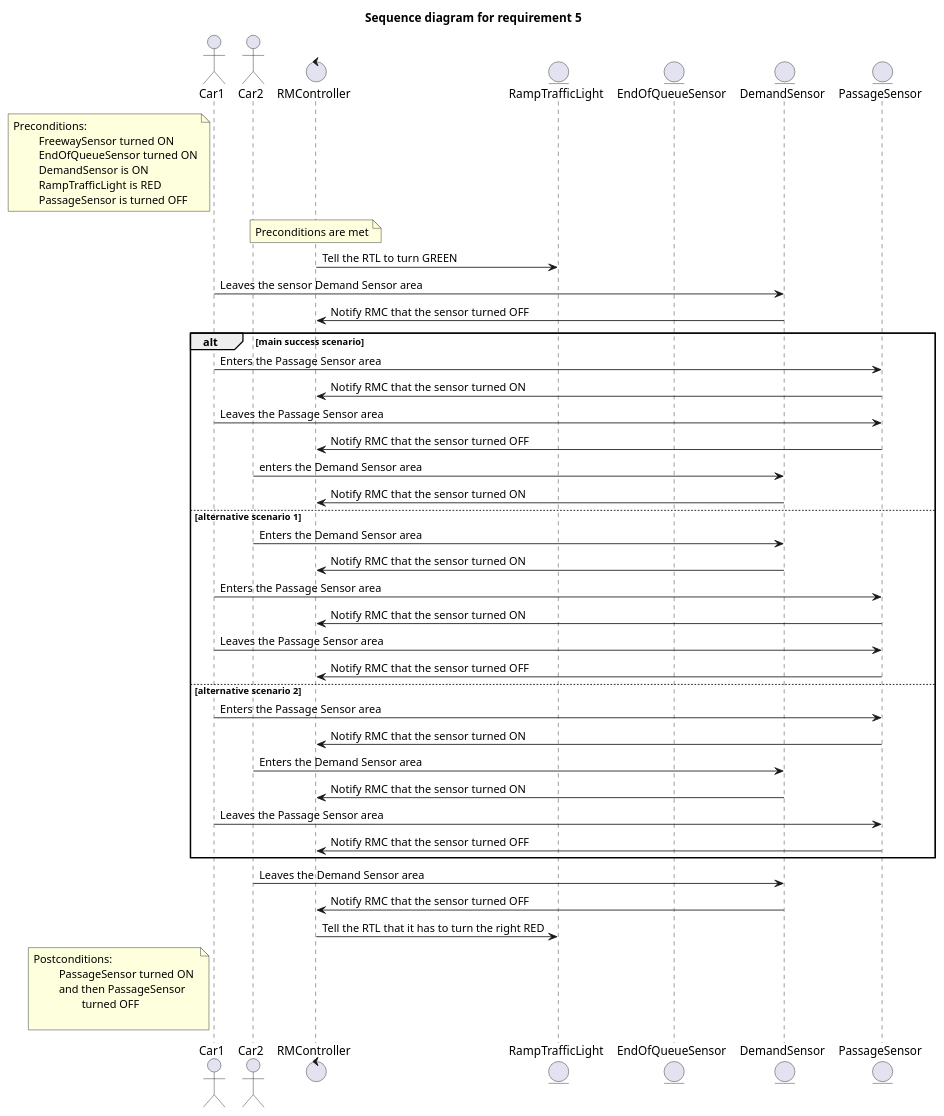
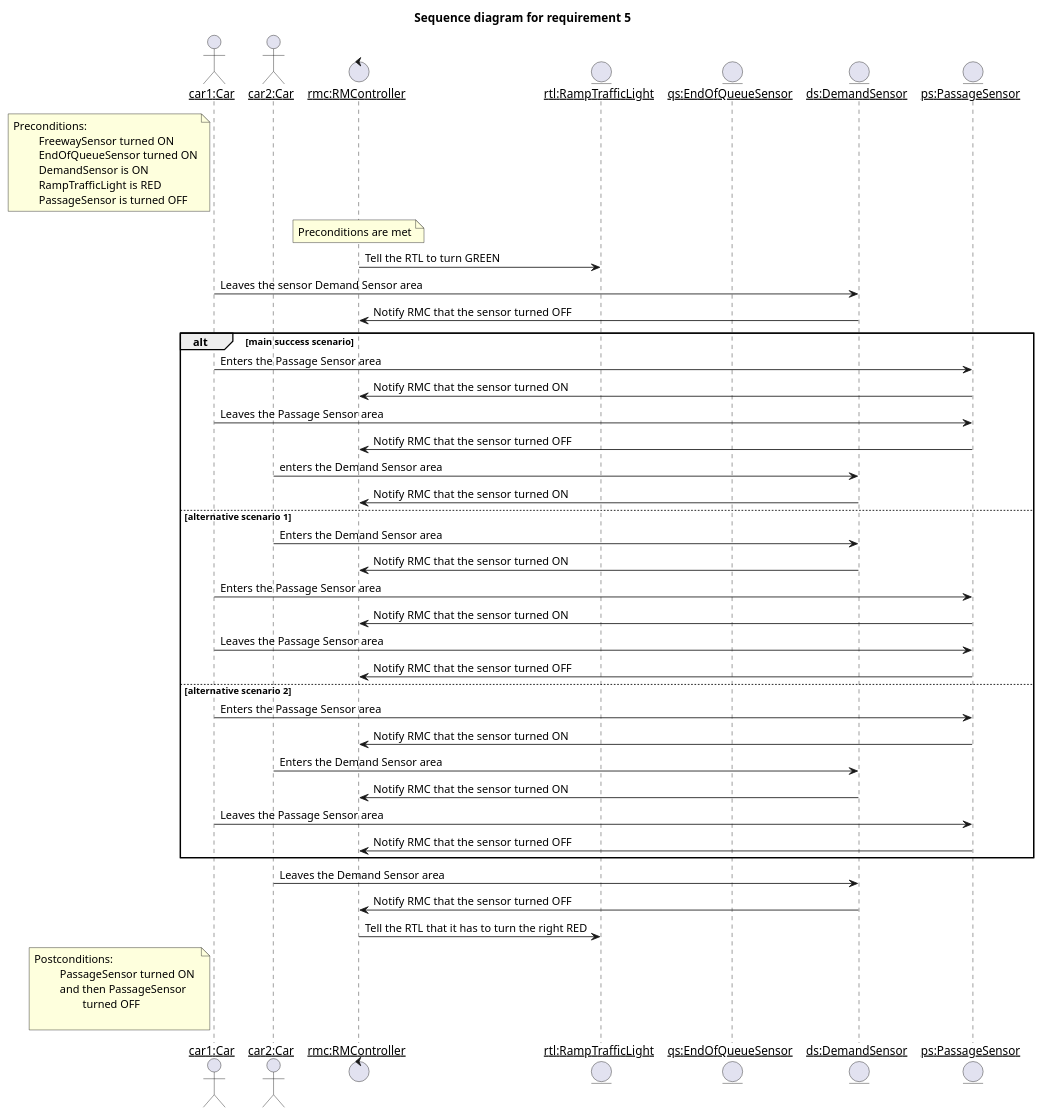
The diagram in 01_RequirementsChecking/diagrams/sequence_diagram_req5.puml (MaksimKarnaukh/MoSIS), drawn with PlantUML before and after one commit. The commit also changed 1 other file, not shown here.

```diff
--- a/01_RequirementsChecking/diagrams/sequence_diagram_req5.puml
+++ b/01_RequirementsChecking/diagrams/sequence_diagram_req5.puml
@@ -1,65 +1,66 @@
 @startuml
+skinparam sequenceParticipant underline
 
 '5) When the FS is ON and the QS is ON,
 'if DS is turned ON, it indicates intense traffic over the ramp.
 'In this scenario, two cars must cross the TL before it turns RED.
 'Then, set TL to GREEN. After DS is OFF, ON and OFF (two cars),
 'turn TL to RED.
 
 title "Sequence diagram for requirement 5"
 
-actor Car1 as Car1
-actor Car2 as Car2
+actor "car1:Car" as Car1
+actor "car2:Car" as Car2
 
-control RMController as RMC
-entity RampTrafficLight as RTL
-entity EndOfQueueSensor as QS
-entity DemandSensor as DS
-entity PassageSensor as PS
+control "rmc:RMController" as RMC
+entity "rtl:RampTrafficLight" as RTL
+entity "qs:EndOfQueueSensor" as QS
+entity "ds:DemandSensor" as DS
+entity "ps:PassageSensor" as PS
 
 
 note left of Car1: Preconditions:\n\t FreewaySensor turned ON\n\t EndOfQueueSensor turned ON\n\t DemandSensor is ON\n\t RampTrafficLight is RED\n\t PassageSensor is turned OFF
 
 'below commented lines not explicitly needed because they are part of the preconditions
 'FS -> RMC: on
 'QS -> RMC: on
 'DS -> RMC: on
 
 note over RMC: Preconditions are met
 RMC -> RTL: Tell the RTL to turn GREEN
 
 Car1 -> DS: Leaves the sensor Demand Sensor area
 DS -> RMC: Notify RMC that the sensor turned OFF
 
 alt main success scenario
     Car1 -> PS: Enters the Passage Sensor area
     PS -> RMC: Notify RMC that the sensor turned ON
     Car1 -> PS: Leaves the Passage Sensor area
     PS -> RMC: Notify RMC that the sensor turned OFF
     Car2 -> DS: enters the Demand Sensor area
     DS -> RMC: Notify RMC that the sensor turned ON
 else alternative scenario 1
     Car2 -> DS: Enters the Demand Sensor area
     DS -> RMC: Notify RMC that the sensor turned ON
     Car1 -> PS: Enters the Passage Sensor area
     PS -> RMC: Notify RMC that the sensor turned ON
     Car1 -> PS: Leaves the Passage Sensor area
     PS -> RMC: Notify RMC that the sensor turned OFF
 else alternative scenario 2
     Car1 -> PS: Enters the Passage Sensor area
     PS -> RMC: Notify RMC that the sensor turned ON
     Car2 -> DS: Enters the Demand Sensor area
     DS -> RMC: Notify RMC that the sensor turned ON
     Car1 -> PS: Leaves the Passage Sensor area
     PS -> RMC: Notify RMC that the sensor turned OFF
 end
 
 
 Car2 -> DS: Leaves the Demand Sensor area
 DS -> RMC: Notify RMC that the sensor turned OFF
 
 RMC -> RTL: Tell the RTL that it has to turn the right RED
 
 note left of Car1: Postconditions:\n\t PassageSensor turned ON \n\t and then PassageSensor \n\t\t turned OFF\n\t
 
 @enduml
```
